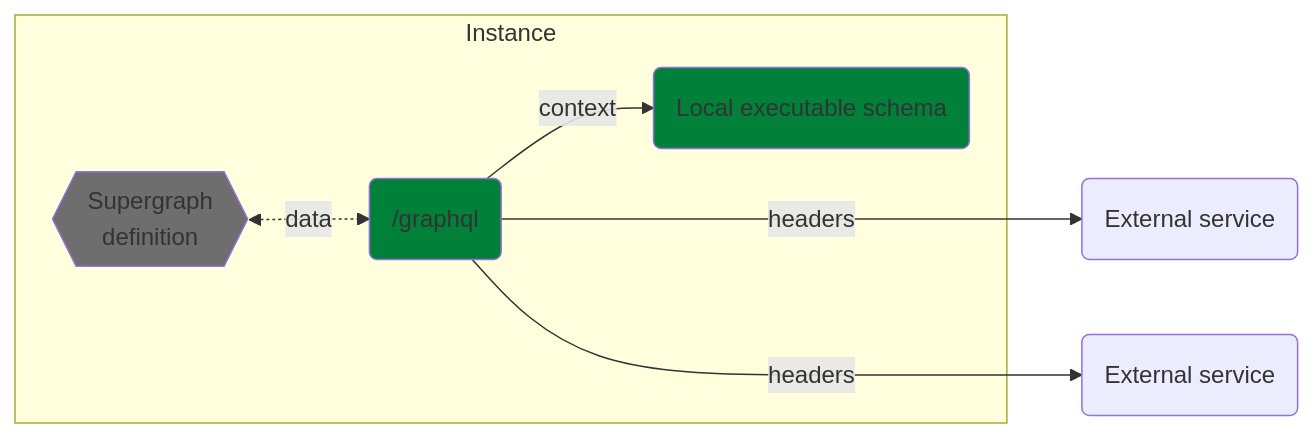
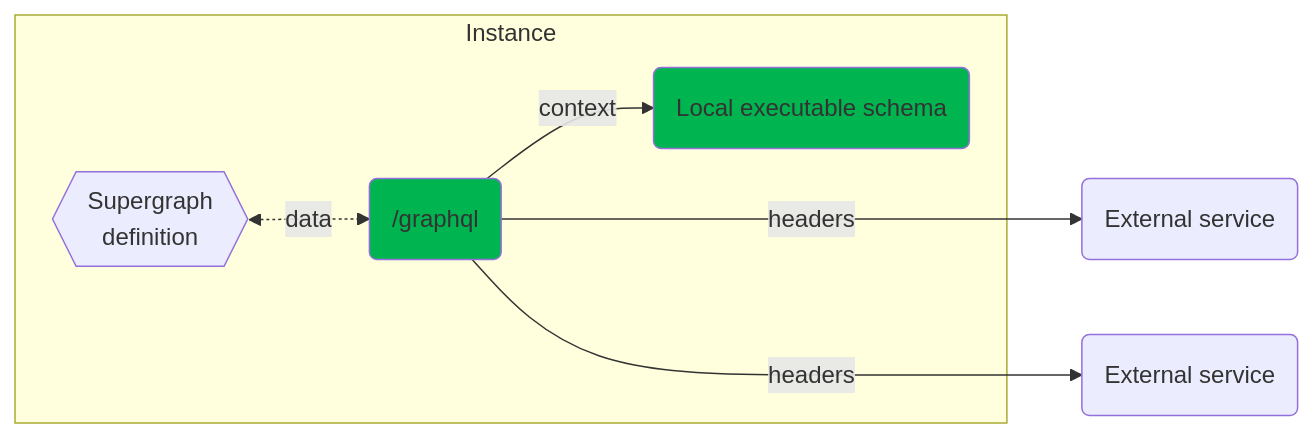
Before and after one commit to stackables/mesh-local-federation: the diagram in README.md, drawn with Mermaid.

Commit message:
chore: Brighter green

````diff
--- a/README.md
+++ b/README.md
@@ -18,12 +18,11 @@
 ```mermaid
 graph LR;
     subgraph Instance
         gateway(/graphql):::local--context-->local(Local executable schema):::local
         db{{Supergraph\ndefinition}}:::data<-.data.->gateway
     end
     gateway--headers--->federated1(External service);
     gateway--headers--->federated2(External service);
 
-	classDef local fill:#008038
-	classDef data fill:#6e6e6e
+	classDef local fill:#00b54f
 ```
````
